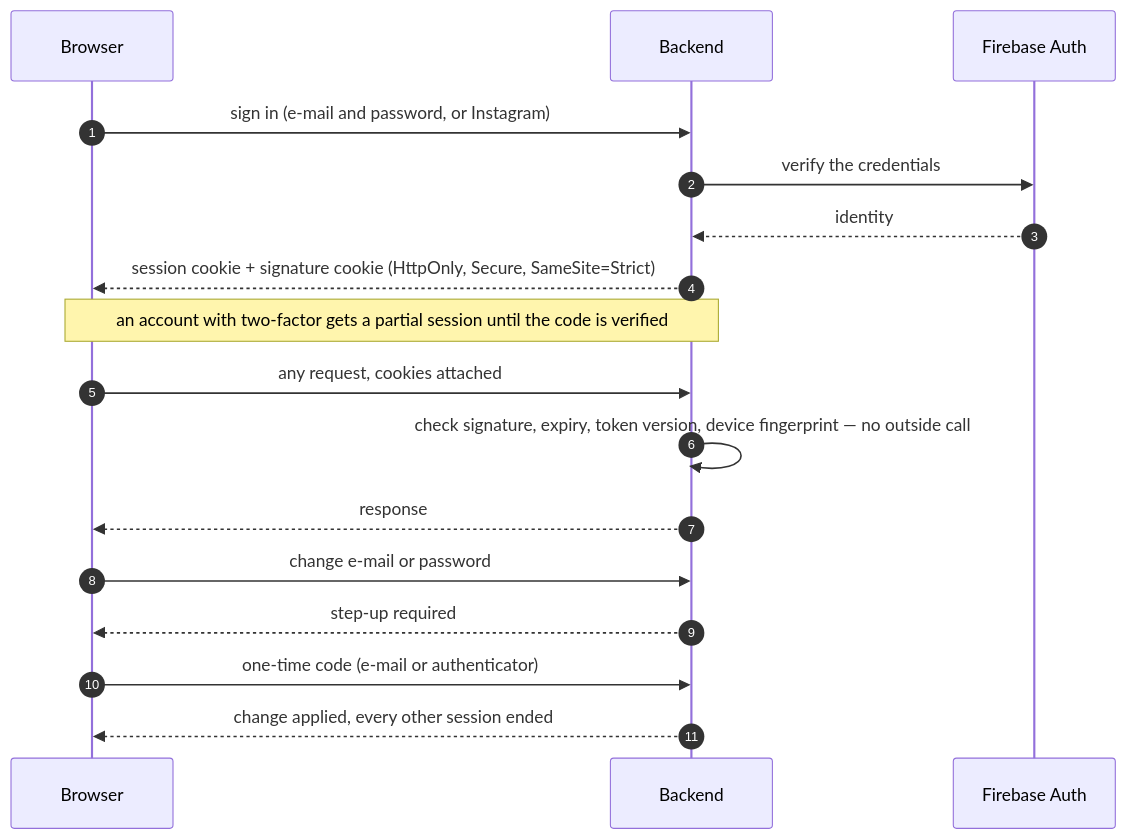
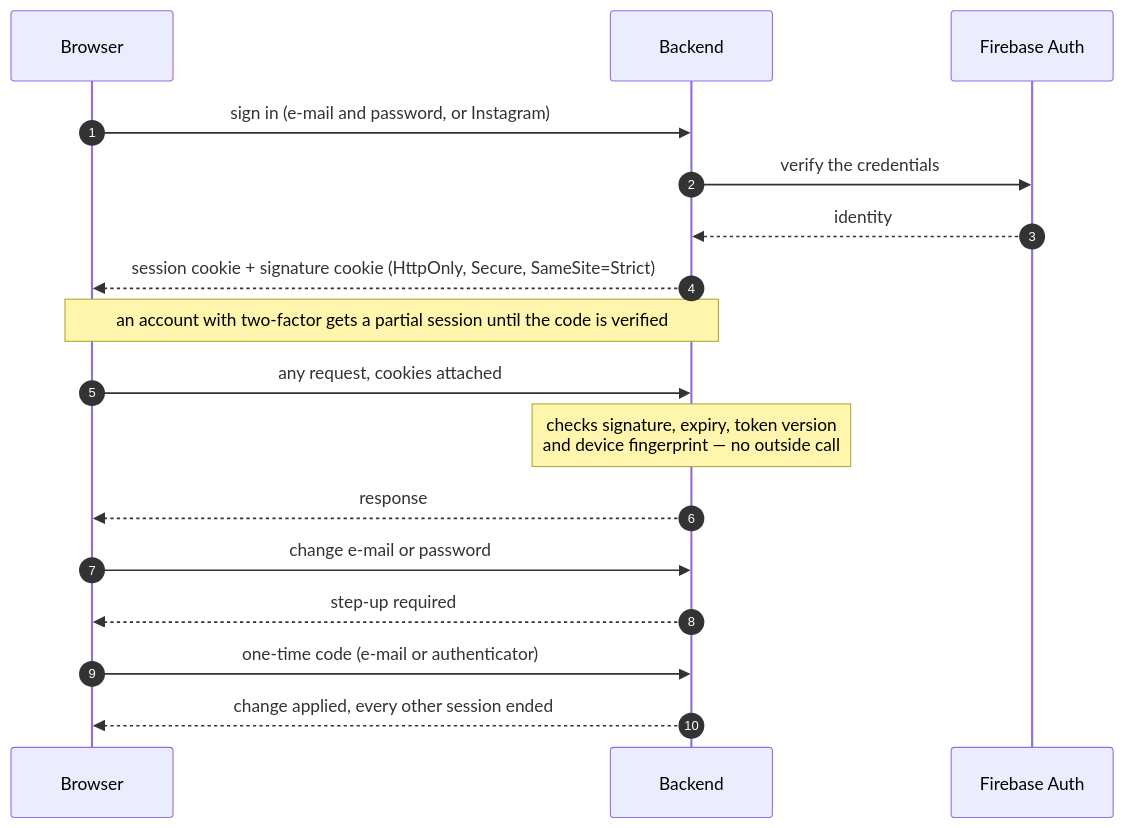
Before and after one commit to Check-It-Out-Dev/checkitout-backend: the diagram in docs/guide/security.md, drawn with Mermaid. The commit also changed 7 other files, not shown here.

First line of the commit message:
Diagrams are drawn top-down, so their labels are readable at GitHub's column width

````diff
--- a/docs/guide/security.md
+++ b/docs/guide/security.md
@@ -7,19 +7,19 @@
 ```mermaid
 sequenceDiagram
     autonumber
     participant B as Browser
     participant A as Backend
     participant F as Firebase Auth
     B->>A: sign in (e-mail and password, or Instagram)
     A->>F: verify the credentials
     F-->>A: identity
     A-->>B: session cookie + signature cookie (HttpOnly, Secure, SameSite=Strict)
     Note over A,B: an account with two-factor gets a partial session until the code is verified
     B->>A: any request, cookies attached
-    A->>A: check signature, expiry, token version, device fingerprint — no outside call
+    Note over A: checks signature, expiry, token version<br/>and device fingerprint — no outside call
     A-->>B: response
     B->>A: change e-mail or password
     A-->>B: step-up required
     B->>A: one-time code (e-mail or authenticator)
     A-->>B: change applied, every other session ended
 ```
````
